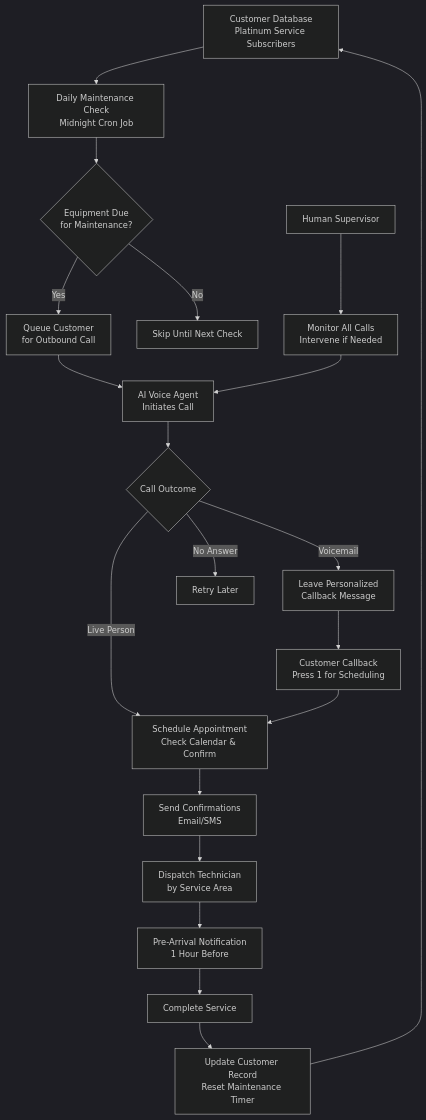
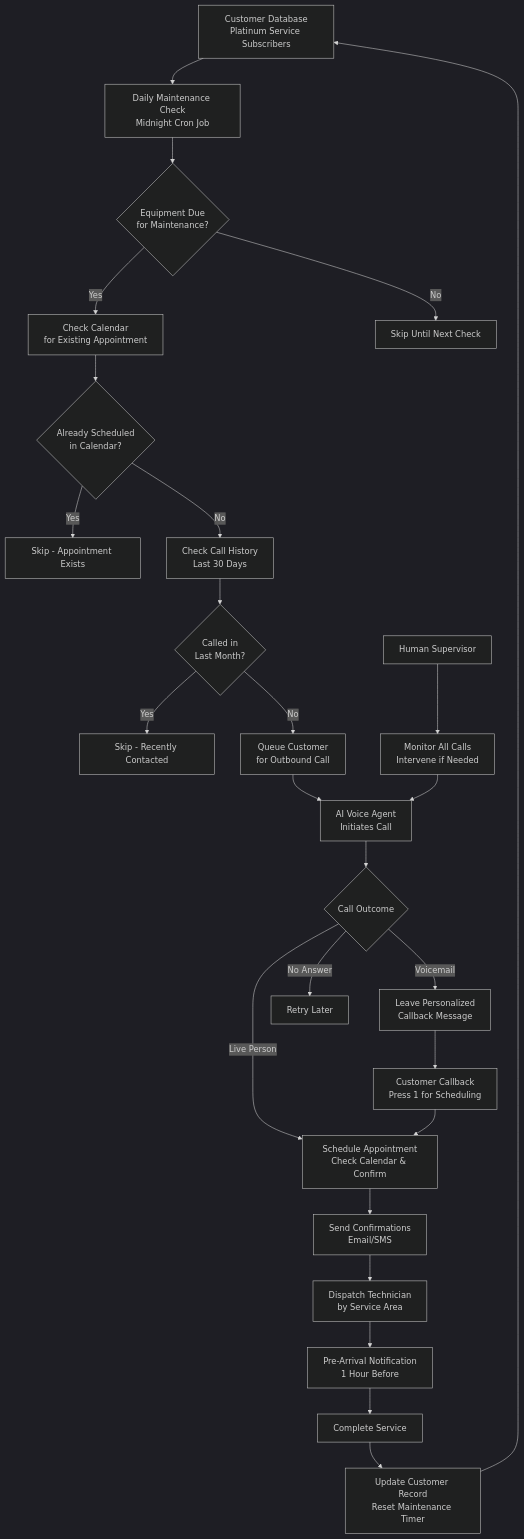
One commit to vinesh178/customer-service-agent changed the first of 2 diagrams in BUSINESS_PROCESS.md. Above: the diagram before and after it, drawn with Mermaid (dark theme).

Commit message:
added more checks to the waterfall

````diff
--- a/BUSINESS_PROCESS.md
+++ b/BUSINESS_PROCESS.md
@@ -18,27 +18,35 @@
 ```mermaid
 graph TD
     A[Customer Database<br/>Platinum Service Subscribers] --> B[Daily Maintenance Check<br/>Midnight Cron Job]
     B --> C{Equipment Due<br/>for Maintenance?}
-    C -->|Yes| D[Queue Customer<br/>for Outbound Call]
+    C -->|Yes| D[Check Calendar<br/>for Existing Appointment]
     C -->|No| E[Skip Until Next Check]
     
-    D --> F[AI Voice Agent<br/>Initiates Call]
-    F --> G{Call Outcome}
+    D --> F{Already Scheduled<br/>in Calendar?}
+    F -->|Yes| G[Skip - Appointment Exists]
+    F -->|No| H[Check Call History<br/>Last 30 Days]
     
-    G -->|Live Person| H[Schedule Appointment<br/>Check Calendar & Confirm]
-    G -->|Voicemail| I[Leave Personalized<br/>Callback Message]
-    G -->|No Answer| J[Retry Later]
+    H --> I{Called in<br/>Last Month?}
+    I -->|Yes| J[Skip - Recently Contacted]
+    I -->|No| K[Queue Customer<br/>for Outbound Call]
     
-    H --> K[Send Confirmations<br/>Email/SMS]
-    I --> L[Customer Callback<br/>Press 1 for Scheduling]
-    L --> H
+    K --> L[AI Voice Agent<br/>Initiates Call]
+    L --> M{Call Outcome}
     
-    K --> M[Dispatch Technician<br/>by Service Area]
-    M --> N[Pre-Arrival Notification<br/>1 Hour Before]
-    N --> O[Complete Service]
-    O --> P[Update Customer Record<br/>Reset Maintenance Timer]
-    P --> A
+    M -->|Live Person| N[Schedule Appointment<br/>Check Calendar & Confirm]
+    M -->|Voicemail| O[Leave Personalized<br/>Callback Message]
+    M -->|No Answer| P[Retry Later]
     
-    Q[Human Supervisor] --> R[Monitor All Calls<br/>Intervene if Needed]
-    R --> F
+    N --> Q[Send Confirmations<br/>Email/SMS]
+    O --> R[Customer Callback<br/>Press 1 for Scheduling]
+    R --> N
+    
+    Q --> S[Dispatch Technician<br/>by Service Area]
+    S --> T[Pre-Arrival Notification<br/>1 Hour Before]
+    T --> U[Complete Service]
+    U --> V[Update Customer Record<br/>Reset Maintenance Timer]
+    V --> A
+    
+    W[Human Supervisor] --> X[Monitor All Calls<br/>Intervene if Needed]
+    X --> L
 ```
````
